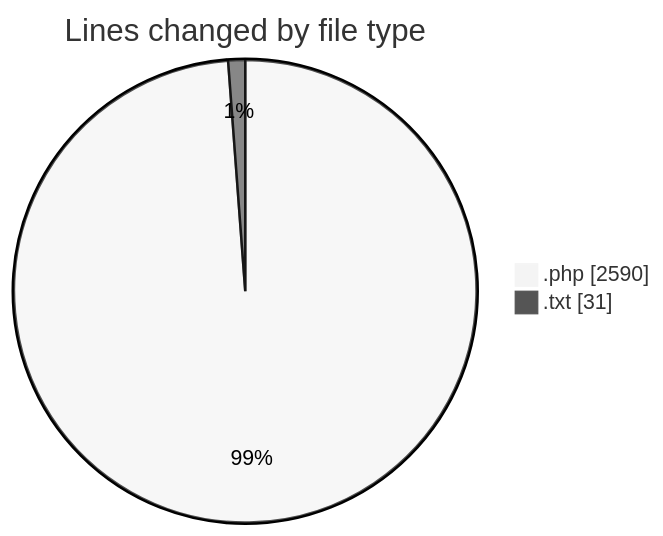
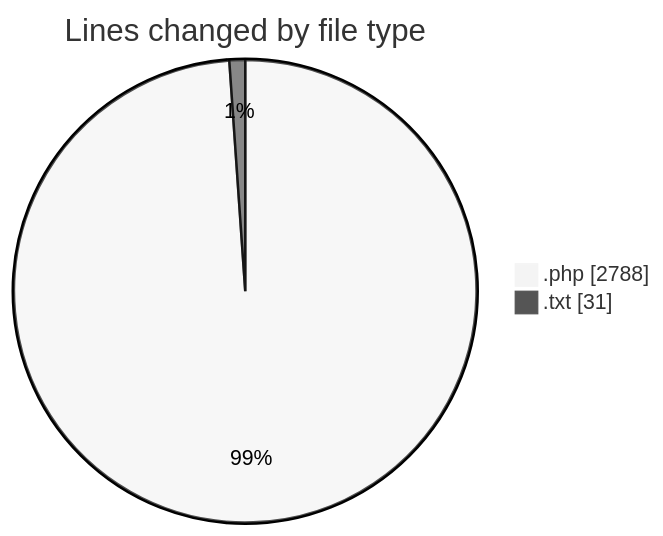
The first of 2 diagrams in 2025-10-17/untitled__workspace_/README.md (debugP/code-tracking), drawn with Mermaid (neutral theme) before and after one commit. The commit also changed other lines of this file and 1 other file, not shown here.

````diff
--- a/2025-10-17/untitled__workspace_/README.md
+++ b/2025-10-17/untitled__workspace_/README.md
@@ -23,6 +23,6 @@
 ```mermaid
 pie showData
 title Lines changed by file type
-".php" : 2590
+".php" : 2788
 ".txt" : 31
 ```
````
